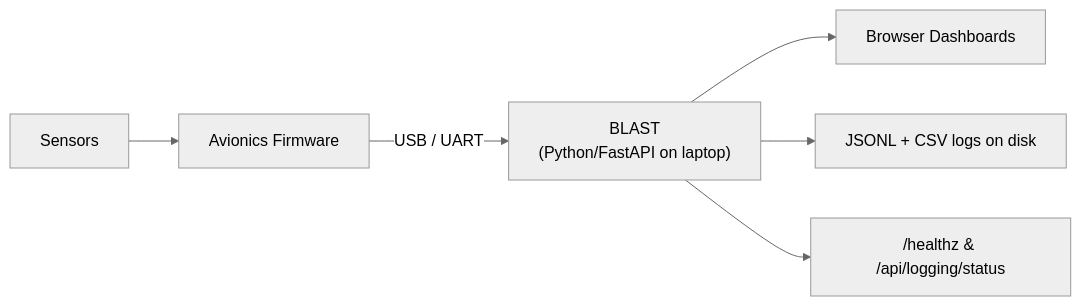
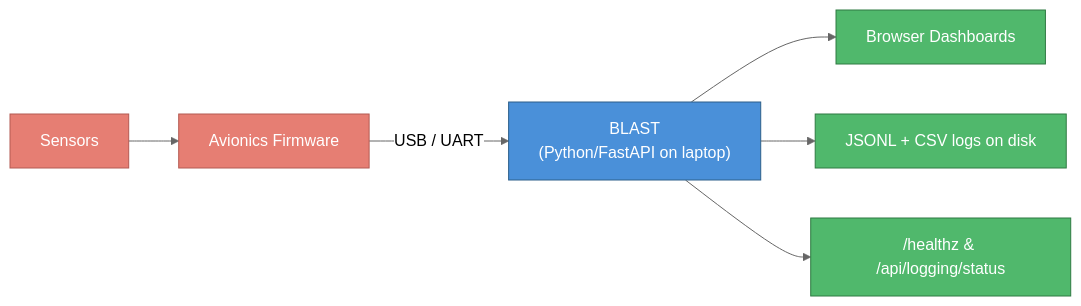
Before and after one commit to rocketproplab/rpl-blast: the first of 2 diagrams in ONBOARDING.md, drawn with Mermaid (neutral theme). The commit also changed other lines of this file and 1 other file, not shown here.

````diff
--- a/ONBOARDING.md
+++ b/ONBOARDING.md
@@ -45,8 +45,16 @@
 ```mermaid
 flowchart LR
     A["Sensors"] --> B["Avionics Firmware"]
     B -->|USB / UART| C["BLAST\n(Python/FastAPI on laptop)"]
     C --> D["Browser Dashboards"]
     C --> E["JSONL + CSV logs on disk"]
     C --> F["/healthz & /api/logging/status"]
+
+    classDef hardware fill:#e67e73,stroke:#b35a52,color:#fff
+    classDef blast fill:#4a90d9,stroke:#2c5f8a,color:#fff
+    classDef output fill:#50b86c,stroke:#2f7a42,color:#fff
+
+    class A,B hardware
+    class C blast
+    class D,E,F output
 ```
````
